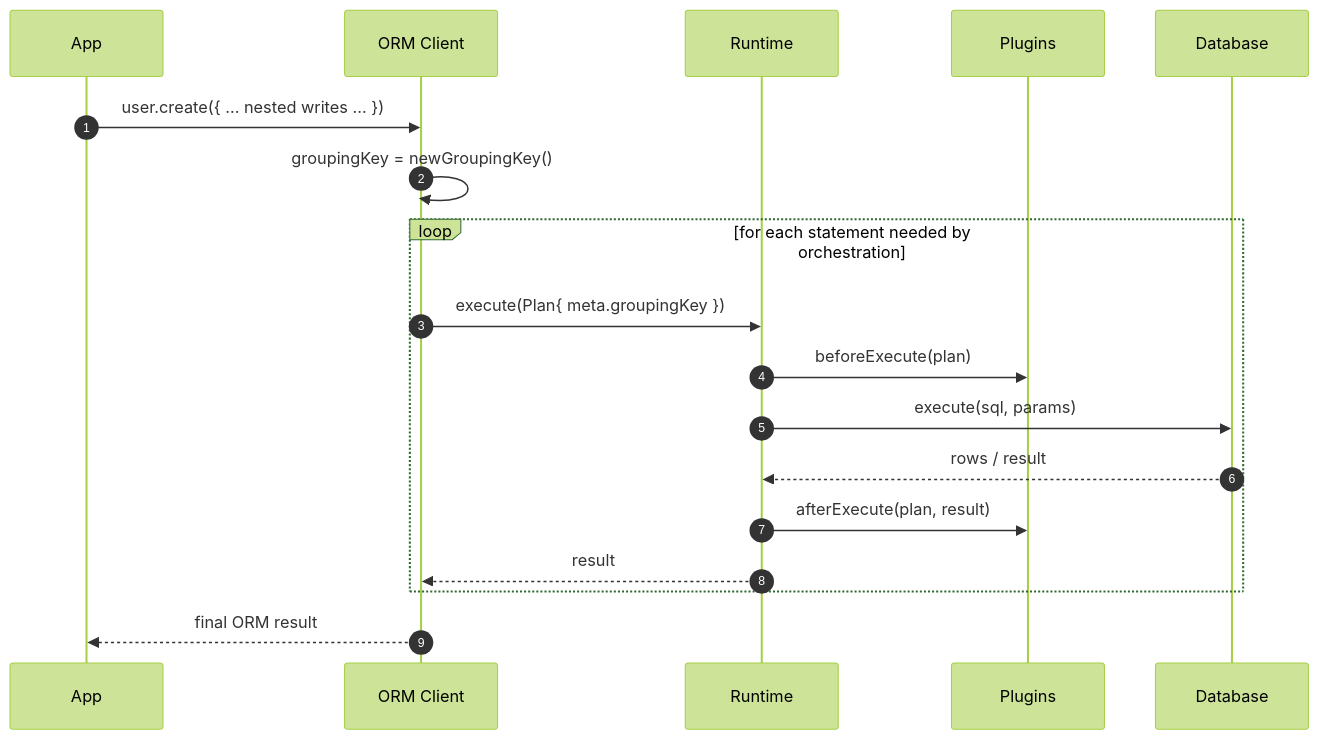
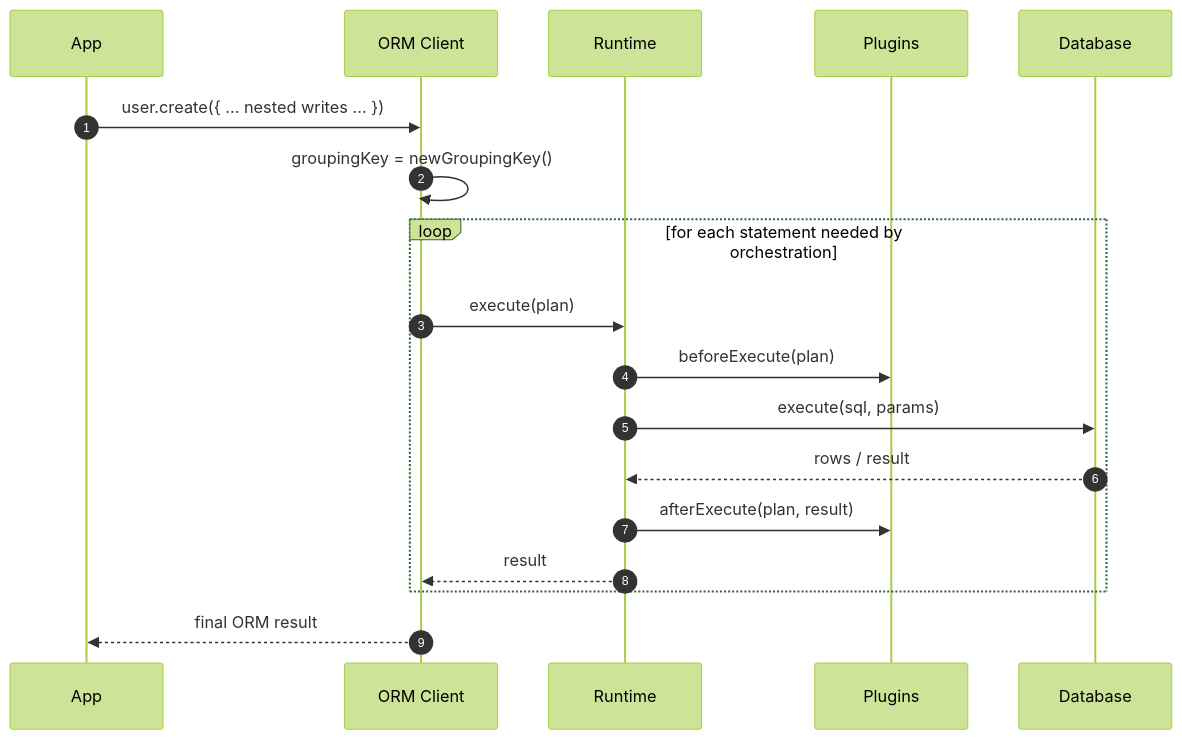
The diagram in docs/architecture docs/adrs/ADR 160 - Plan grouping keys for multi-statement orchestration.md (prisma/prisma-next), drawn with Mermaid (forest theme) before and after one commit. The commit also changed other lines of this file, not shown here.

Commit message:
docs(architecture): shorten ADR 159 diagram labels

````diff
--- a/docs/architecture docs/adrs/ADR 160 - Plan grouping keys for multi-statement orchestration.md
+++ b/docs/architecture docs/adrs/ADR 160 - Plan grouping keys for multi-statement orchestration.md
@@ -23,23 +23,23 @@
 ```mermaid
 sequenceDiagram
   autonumber
   participant App as App
   participant ORM as ORM Client
   participant RT as Runtime
   participant Plugins as Plugins
   participant DB as Database
 
   App->>ORM: user.create({ ... nested writes ... })
   ORM->>ORM: groupingKey = newGroupingKey()
 
   loop for each statement needed by orchestration
-    ORM->>RT: execute(Plan{ meta.groupingKey })
+    ORM->>RT: execute(plan)
     RT->>Plugins: beforeExecute(plan)
     RT->>DB: execute(sql, params)
     DB-->>RT: rows / result
     RT->>Plugins: afterExecute(plan, result)
     RT-->>ORM: result
   end
 
   ORM-->>App: final ORM result
 ```
````
